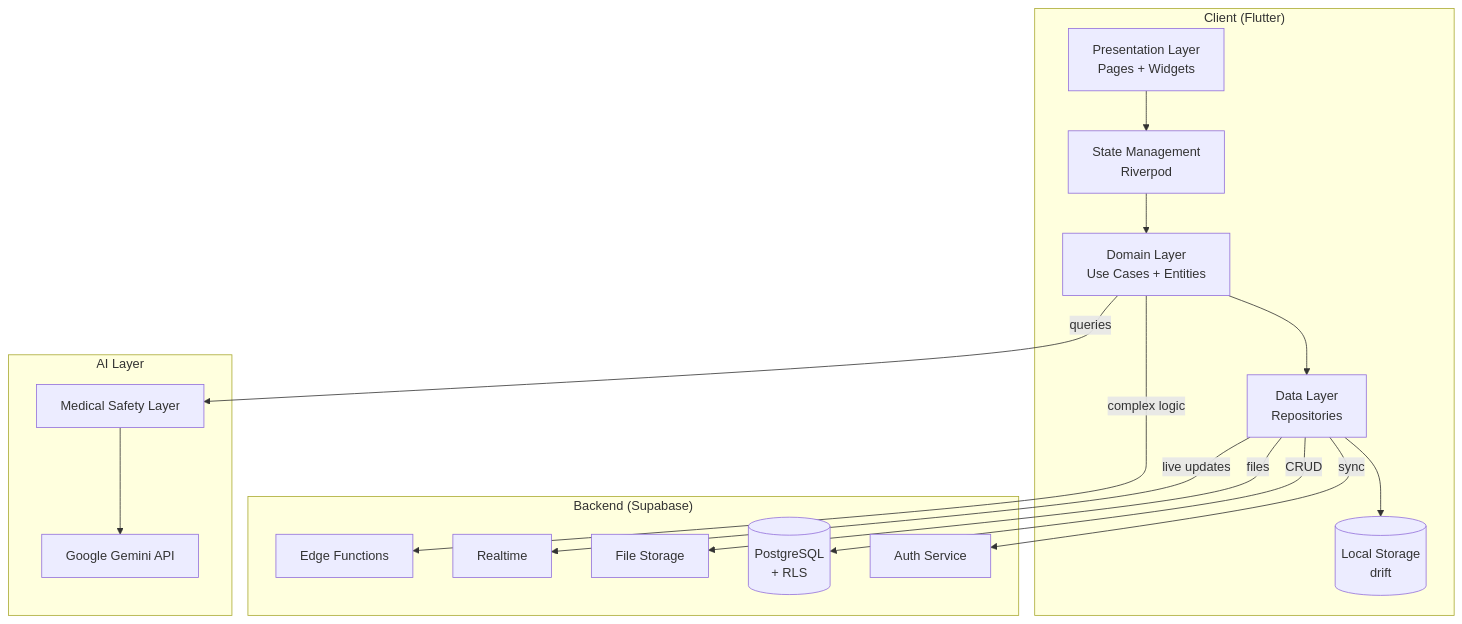
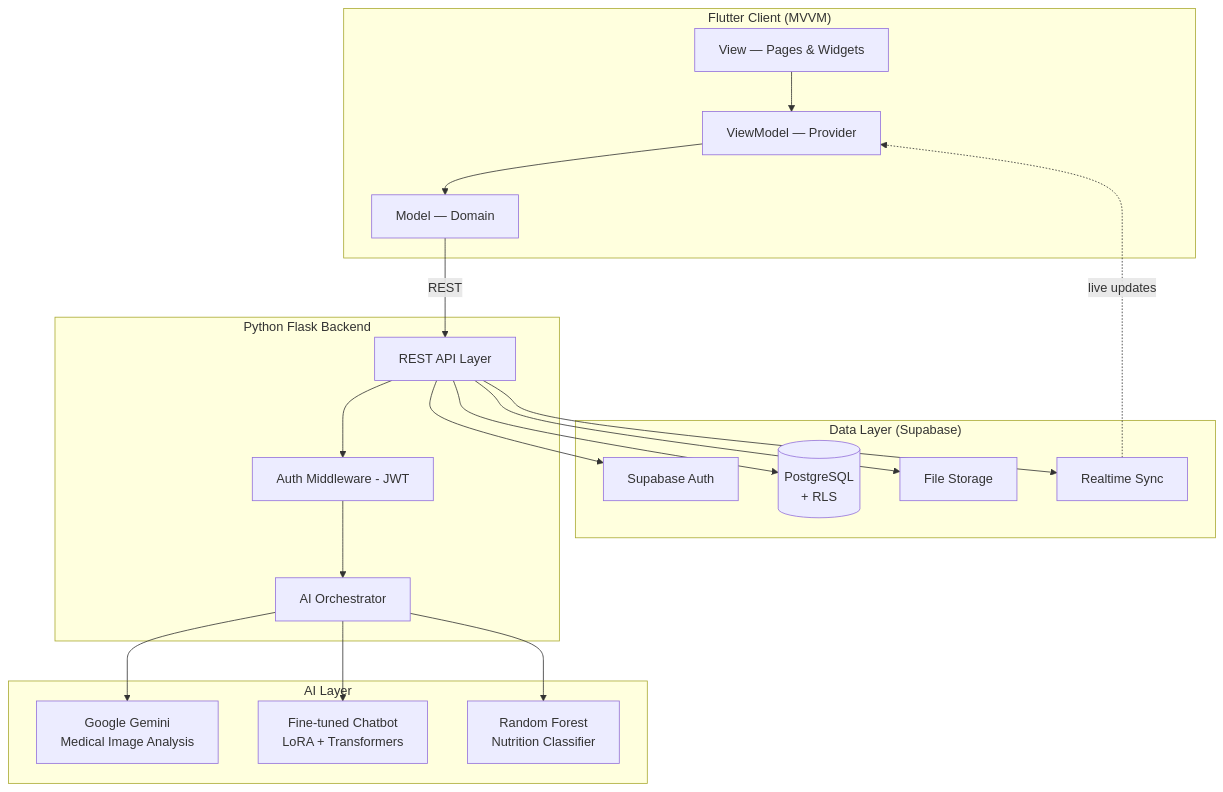
The diagram in README.md (Mozn-jamous/bloombelly-showcase), drawn with Mermaid before and after one commit. The commit also changed other lines of this file and 4 other files, not shown here.

````diff
--- a/README.md
+++ b/README.md
@@ -99,35 +122,41 @@
 ```mermaid
 graph TB
-    subgraph "Client (Flutter)"
-        UI[Presentation Layer<br/>Pages + Widgets]
-        VM[State Management<br/>Riverpod]
-        DOM[Domain Layer<br/>Use Cases + Entities]
-        DATA[Data Layer<br/>Repositories]
-        LOCAL[(Local Storage<br/>drift)]
+    subgraph Client["Flutter Client (MVVM)"]
+        V[View — Pages & Widgets]
+        VM[ViewModel — Provider]
+        M[Model — Domain]
     end
 
-    subgraph "Backend (Supabase)"
-        AUTH[Auth Service]
+    subgraph Backend["Python Flask Backend"]
+        API[REST API Layer]
+        AI_ORCH[AI Orchestrator]
+        AUTH_M[Auth Middleware - JWT]
+    end
+
+    subgraph AI["AI Layer"]
+        GEMINI[Google Gemini<br/>Medical Image Analysis]
+        LORA[Fine-tuned Chatbot<br/>LoRA + Transformers]
+        RF[Random Forest<br/>Nutrition Classifier]
+    end
+
+    subgraph Data["Data Layer (Supabase)"]
+        AUTH[Supabase Auth]
         DB[(PostgreSQL<br/>+ RLS)]
         STORAGE[File Storage]
-        RT[Realtime]
-        FN[Edge Functions]
+        RT[Realtime Sync]
     end
 
-    subgraph "AI Layer"
-        GEMINI[Google Gemini API]
-        SAFETY[Medical Safety Layer]
-    end
-
-    UI --> VM
-    VM --> DOM
-    DOM --> DATA
-    DATA --> LOCAL
-    DATA -->|sync| AUTH
-    DATA -->|CRUD| DB
-    DATA -->|files| STORAGE
-    DATA -->|live updates| RT
-    DOM -->|complex logic| FN
-    DOM -->|queries| SAFETY
-    SAFETY --> GEMINI
+    V --> VM
+    VM --> M
+    M -->|REST| API
+    API --> AUTH_M
+    AUTH_M --> AI_ORCH
+    AI_ORCH --> GEMINI
+    AI_ORCH --> LORA
+    AI_ORCH --> RF
+    API --> AUTH
+    API --> DB
+    API --> STORAGE
+    API --> RT
+    RT -.->|live updates| VM
 ```
````
